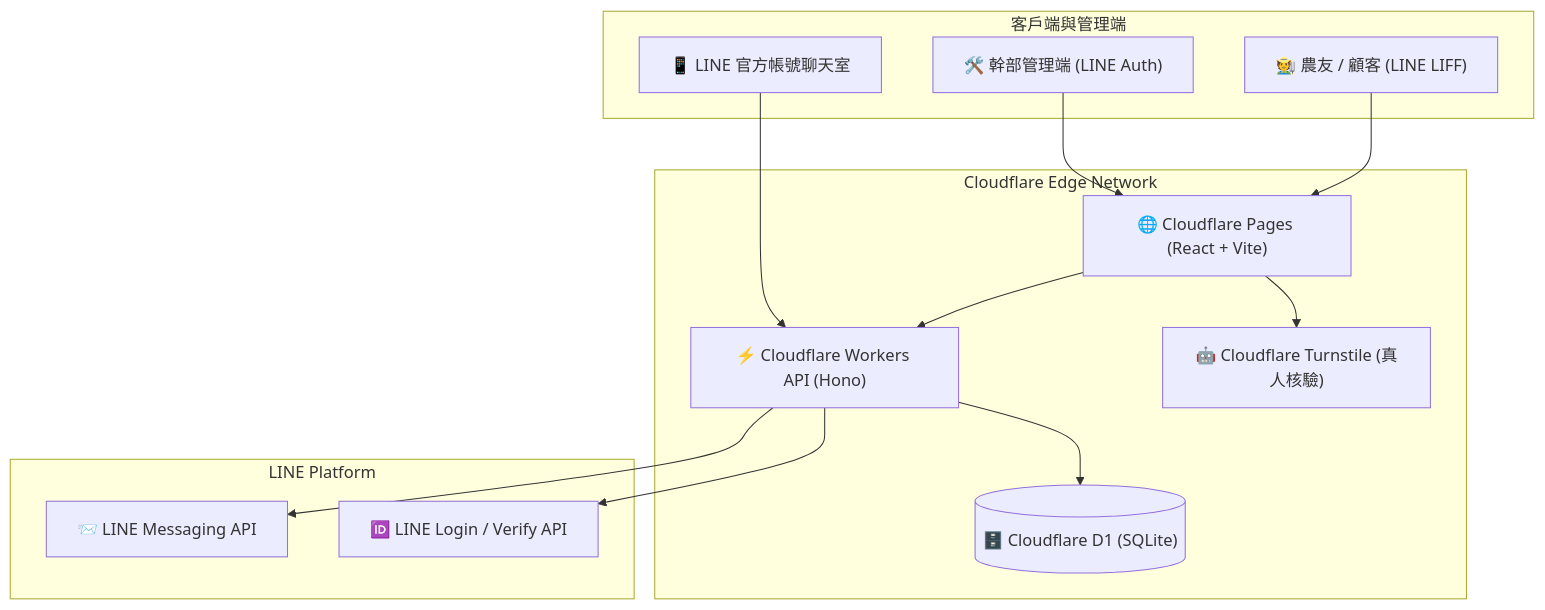
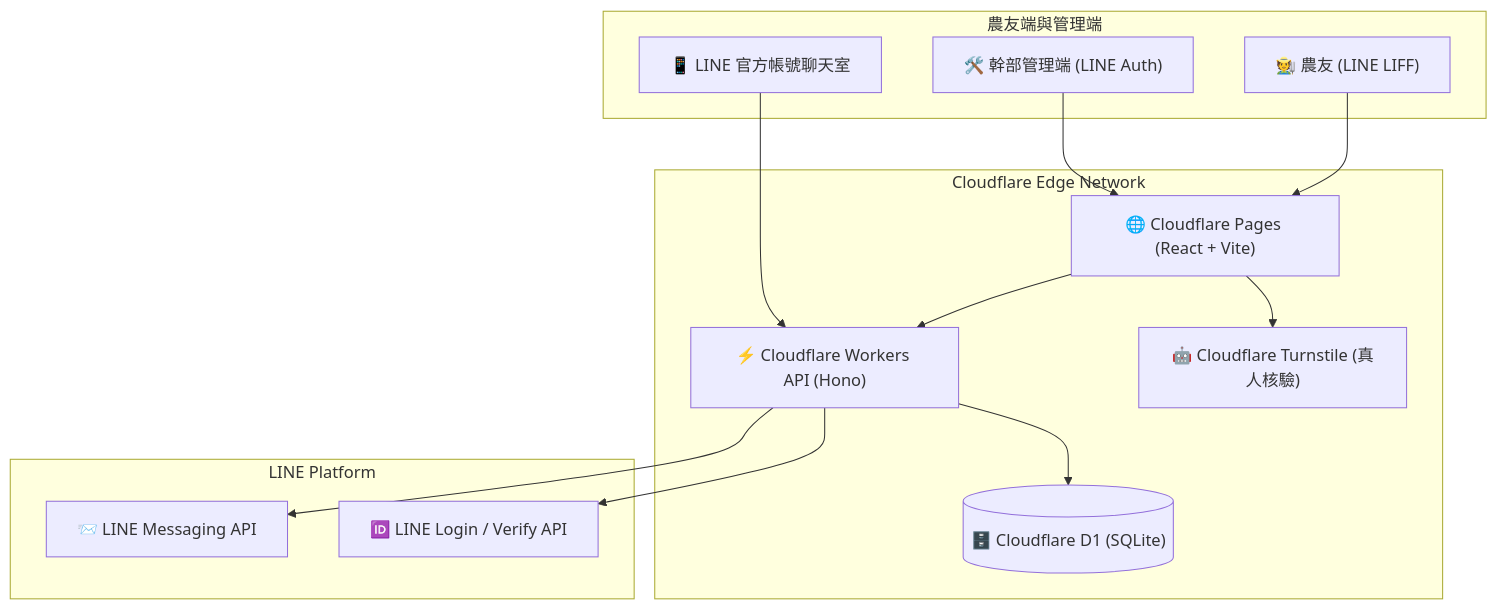
Before and after one commit to chingfonlee/open-booking-line: the diagram in README.md, drawn with Mermaid. The commit also changed other lines of this file and 18 other files, not shown here.

````diff
--- a/README.md
+++ b/README.md
@@ -84,29 +84,29 @@
 ```mermaid
 flowchart TD
-    subgraph Client["客戶端與管理端"]
-        User["🧑‍🌾 農友 / 顧客 (LINE LIFF)"]
+    subgraph Client["農友端與管理端"]
+        User["🧑‍🌾 農友 (LINE LIFF)"]
         Admin["🛠️ 幹部管理端 (LINE Auth)"]
         LineChat["📱 LINE 官方帳號聊天室"]
     end
 
     subgraph Edge["Cloudflare Edge Network"]
         Pages["🌐 Cloudflare Pages (React + Vite)"]
         Worker["⚡ Cloudflare Workers API (Hono)"]
         Turnstile["🤖 Cloudflare Turnstile (真人核驗)"]
         D1[("🗄️ Cloudflare D1 (SQLite)")]
     end
 
     subgraph LinePlatform["LINE Platform"]
         MessagingAPI["📨 LINE Messaging API"]
         LineLogin["🆔 LINE Login / Verify API"]
     end
 
     User --> Pages
     Pages --> Turnstile
     Pages --> Worker
     Worker --> D1
     Worker --> MessagingAPI
     LineChat --> Worker
     Admin --> Pages
     Worker --> LineLogin
 ```
````
